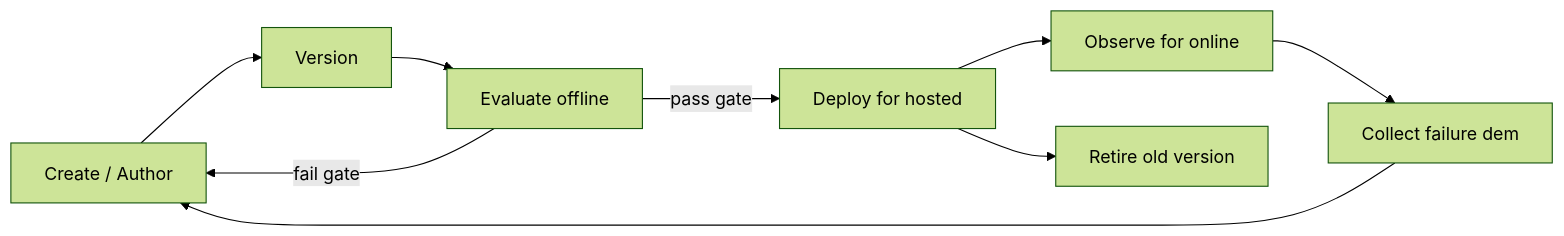
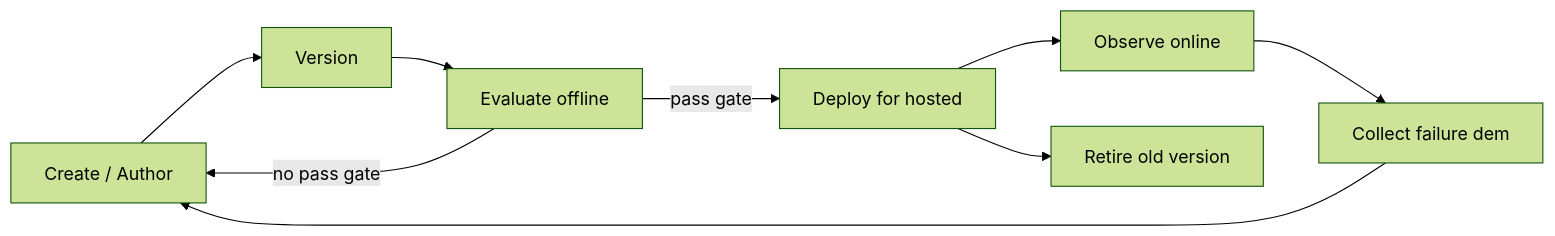
Before and after one commit to gabrielmoreira/agent-skills-mirror: the second of 4 diagrams in mirrors/repos/microsoft@ai-agents-for-beginners/translations/pcm/16-deploying-scalable-agents/README.md, drawn with Mermaid (forest theme). The commit also changed other lines of this file and 4262 other files, not shown here.

````diff
--- a/mirrors/repos/microsoft@ai-agents-for-beginners/translations/pcm/16-deploying-scalable-agents/README.md
+++ b/mirrors/repos/microsoft@ai-agents-for-beginners/translations/pcm/16-deploying-scalable-agents/README.md
@@ -108,11 +108,11 @@
 ```mermaid
 flowchart LR
     Create[Create / Author] --> Version[Version]
     Version --> Evaluate[Evaluate offline]
     Evaluate -->|pass gate| Deploy[Deploy for hosted]
-    Evaluate -->|fail gate| Create
-    Deploy --> Observe[Observe for online]
+    Evaluate -->|no pass gate| Create
+    Deploy --> Observe[Observe online]
     Observe --> Improve[Collect failure dem]
     Improve --> Create
     Deploy --> Retire[Retire old version]
 ```
````
